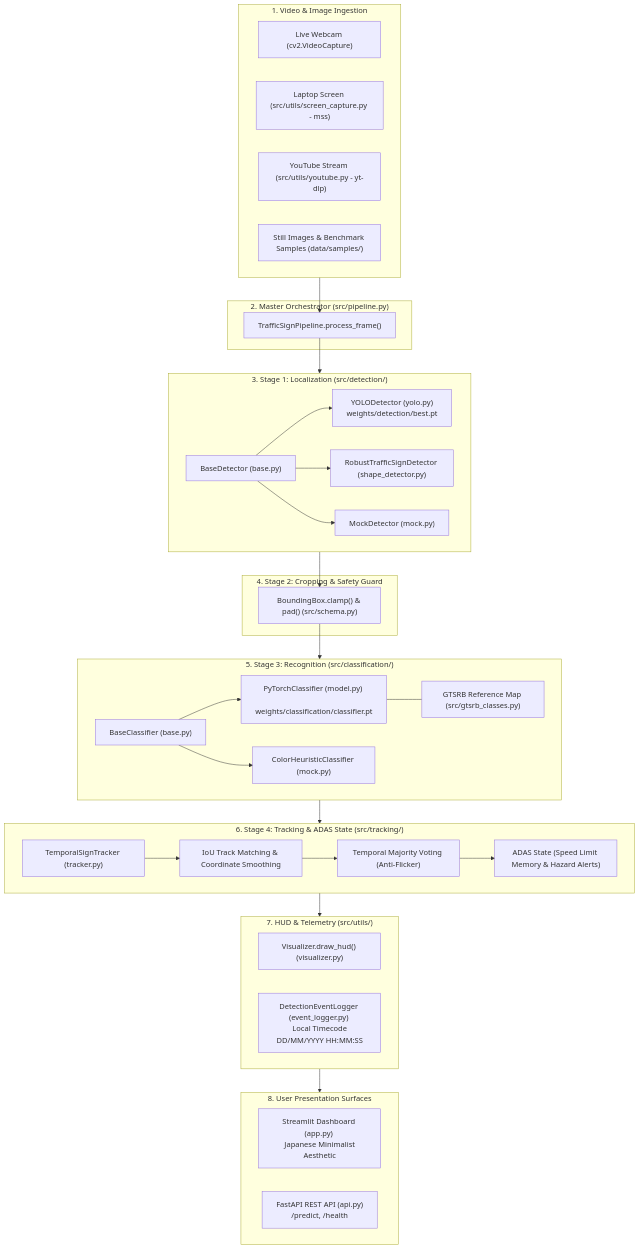
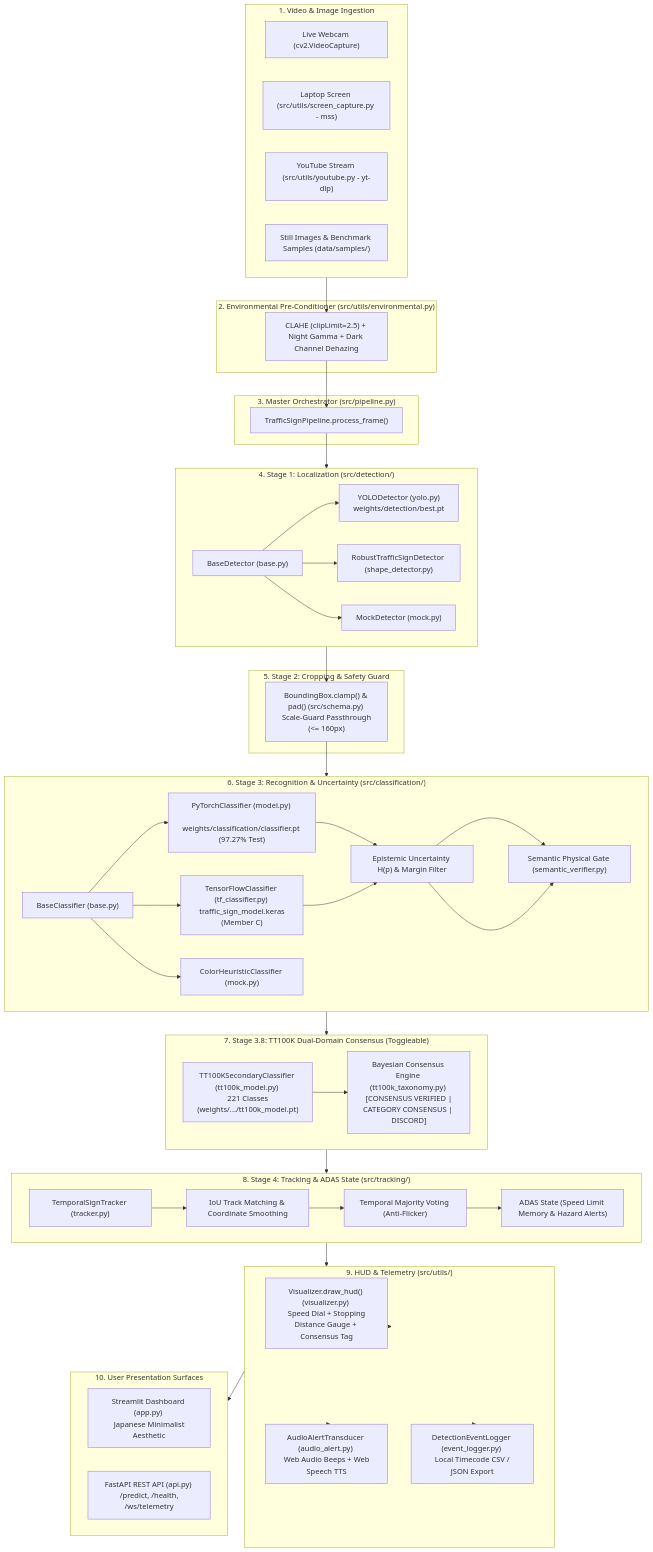
One commit to SOMBUDDHAASH/Road-Signal-Detect changed the diagram in README.md. Above: the diagram before and after it, drawn with Mermaid. The commit also changed other lines of this file and 5 other files, not shown here.

Commit message:
docs: align all documentation with TT100K secondary consensus, 51,882 GTSRB archive training, and 70-test CI/CD suite

````diff
--- a/README.md
+++ b/README.md
@@ -48,63 +56,82 @@
 ```mermaid
 flowchart TD
     subgraph Inputs ["1. Video & Image Ingestion"]
         Inp1["Live Webcam (cv2.VideoCapture)"]
         Inp2["Laptop Screen (src/utils/screen_capture.py - mss)"]
         Inp3["YouTube Stream (src/utils/youtube.py - yt-dlp)"]
         Inp4["Still Images & Benchmark Samples (data/samples/)"]
     end
 
-    subgraph Pipeline ["2. Master Orchestrator (src/pipeline.py)"]
+    subgraph Conditioning ["2. Environmental Pre-Conditioner (src/utils/environmental.py)"]
+        Env["CLAHE (clipLimit=2.5) + Night Gamma + Dark Channel Dehazing"]
+    end
+
+    subgraph Pipeline ["3. Master Orchestrator (src/pipeline.py)"]
         Core["TrafficSignPipeline.process_frame()"]
     end
 
-    subgraph DetectionStage ["3. Stage 1: Localization (src/detection/)"]
+    subgraph DetectionStage ["4. Stage 1: Localization (src/detection/)"]
         BaseDet["BaseDetector (base.py)"]
         YoloDet["YOLODetector (yolo.py) \n weights/detection/best.pt"]
         ShapeDet["RobustTrafficSignDetector (shape_detector.py)"]
         MockDet["MockDetector (mock.py)"]
         BaseDet --> YoloDet
         BaseDet --> ShapeDet
         BaseDet --> MockDet
     end
 
-    subgraph Cropping ["4. Stage 2: Cropping & Safety Guard"]
-        CropOps["BoundingBox.clamp() & pad() (src/schema.py)"]
+    subgraph Cropping ["5. Stage 2: Cropping & Safety Guard"]
+        CropOps["BoundingBox.clamp() & pad() (src/schema.py) \n Scale-Guard Passthrough (<= 160px)"]
     end
 
-    subgraph ClassificationStage ["5. Stage 3: Recognition (src/classification/)"]
+    subgraph ClassificationStage ["6. Stage 3: Recognition & Uncertainty (src/classification/)"]
         BaseCls["BaseClassifier (base.py)"]
-        PyTorchCls["PyTorchClassifier (model.py) \n weights/classification/classifier.pt"]
+        PyTorchCls["PyTorchClassifier (model.py) \n weights/classification/classifier.pt (97.27% Test)"]
+        TFCls["TensorFlowClassifier (tf_classifier.py) \n traffic_sign_model.keras (Member C)"]
         HeurCls["ColorHeuristicClassifier (mock.py)"]
-        ClassDict["GTSRB Reference Map (src/gtsrb_classes.py)"]
+        Uncert["Epistemic Uncertainty H(p) & Margin Filter"]
+        Semantic["Semantic Physical Gate (semantic_verifier.py)"]
         BaseCls --> PyTorchCls
+        BaseCls --> TFCls
         BaseCls --> HeurCls
-        PyTorchCls --- ClassDict
+        PyTorchCls --> Uncert --> Semantic
+        TFCls --> Uncert --> Semantic
     end
 
-    subgraph TrackingStage ["6. Stage 4: Tracking & ADAS State (src/tracking/)"]
+    subgraph ConsensusStage ["7. Stage 3.8: TT100K Dual-Domain Consensus (Toggleable)"]
+        TT100K["TT100KSecondaryClassifier (tt100k_model.py) \n 221 Classes (weights/.../tt100k_model.pt)"]
+        BayesConsensus["Bayesian Consensus Engine (tt100k_taxonomy.py) \n [CONSENSUS VERIFIED | CATEGORY CONSENSUS | DISCORD]"]
+        TT100K --> BayesConsensus
+    end
+
+    subgraph TrackingStage ["8. Stage 4: Tracking & ADAS State (src/tracking/)"]
         Tracker["TemporalSignTracker (tracker.py)"]
         IoUMatch["IoU Track Matching & Coordinate Smoothing"]
         MajVote["Temporal Majority Voting (Anti-Flicker)"]
         ADAS["ADAS State (Speed Limit Memory & Hazard Alerts)"]
         Tracker --> IoUMatch --> MajVote --> ADAS
     end
 
-    subgraph VisualStage ["7. HUD & Telemetry (src/utils/)"]
-        HUD["Visualizer.draw_hud() (visualizer.py)"]
-        Logger["DetectionEventLogger (event_logger.py) \n Local Timecode DD/MM/YYYY HH:MM:SS"]
+    subgraph VisualStage ["9. HUD & Telemetry (src/utils/)"]
+        HUD["Visualizer.draw_hud() (visualizer.py) \n Speed Dial + Stopping Distance Gauge + Consensus Tag"]
+        Audio["AudioAlertTransducer (audio_alert.py) \n Web Audio Beeps + Web Speech TTS"]
+        Logger["DetectionEventLogger (event_logger.py) \n Local Timecode CSV / JSON Export"]
     end
 
-    subgraph Presentation ["8. User Presentation Surfaces"]
+    subgraph Presentation ["10. User Presentation Surfaces"]
         AppUI["Streamlit Dashboard (app.py) \n Japanese Minimalist Aesthetic"]
-        FastAPI["FastAPI REST API (api.py) \n /predict, /health"]
+        FastAPI["FastAPI REST API (api.py) \n /predict, /health, /ws/telemetry"]
     end
 
-    Inputs --> Core
+    Inputs --> Env --> Core
     Core --> DetectionStage
     DetectionStage --> CropOps
     CropOps --> ClassificationStage
-    ClassificationStage --> TrackingStage
+    ClassificationStage --> ConsensusStage
+    ConsensusStage --> TrackingStage
     TrackingStage --> VisualStage
+    VisualStage --> Audio
+    VisualStage --> HUD
+    VisualStage --> Logger
     VisualStage --> Presentation
 ```
````
